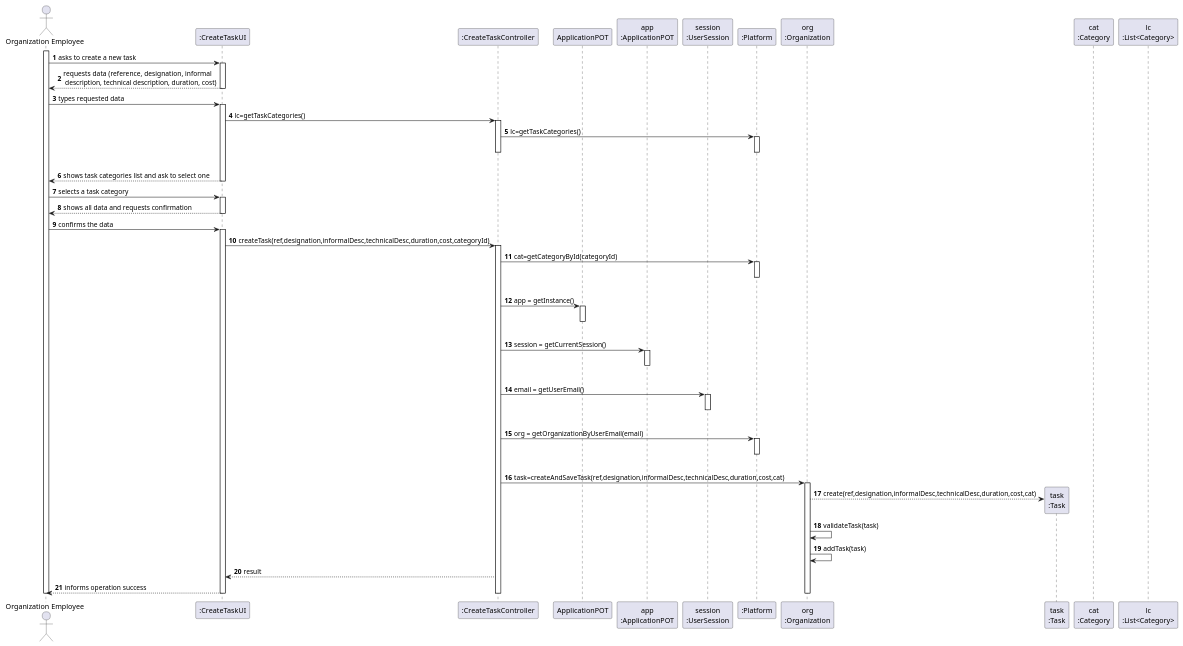
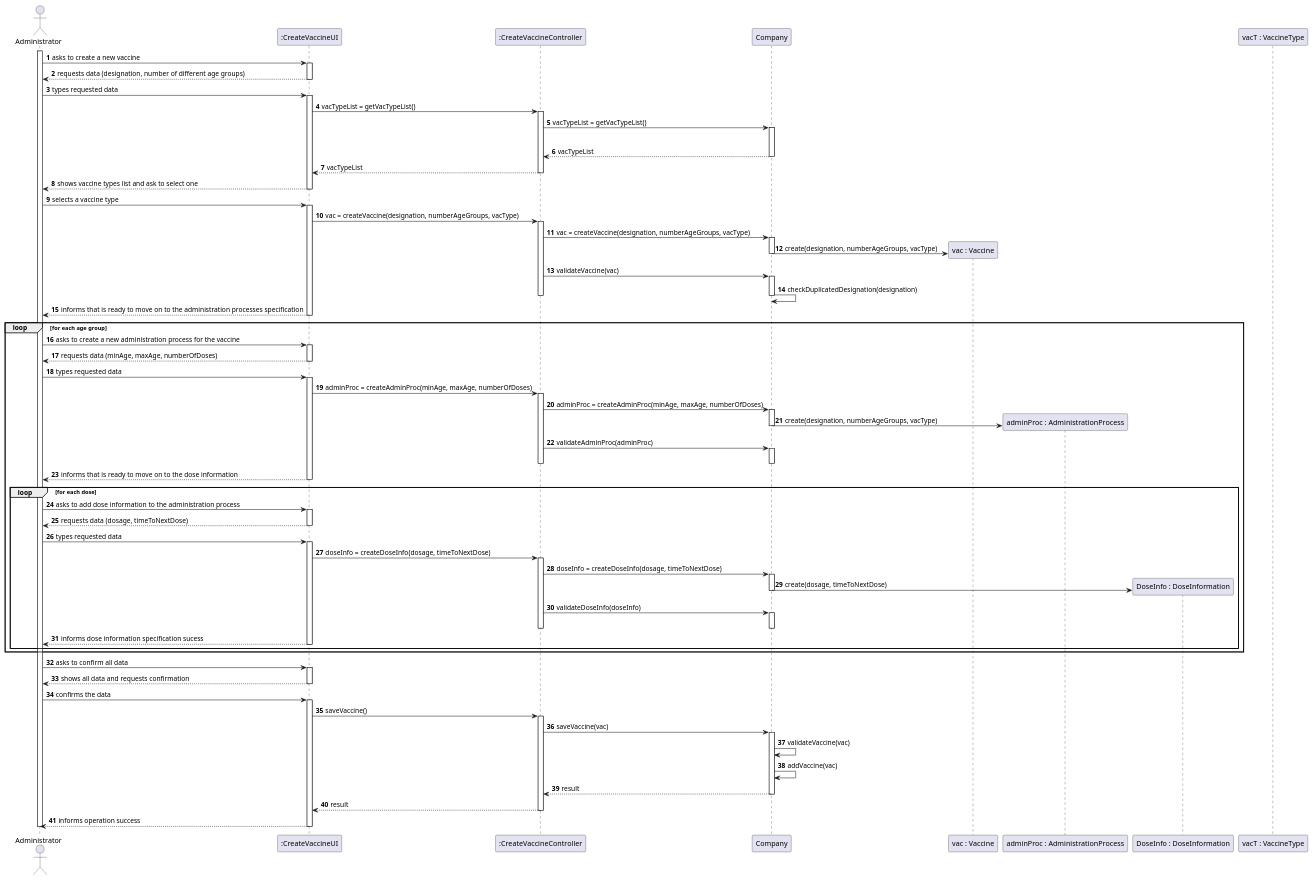
The diagram in docs/SprintB/US13/SD/US13_SD_v2.puml (miseEnPlace-i/lapr2), drawn with PlantUML before and after one commit. The commit also changed 3 other files, not shown here.

```diff
--- a/docs/SprintB/US13/SD/US13_SD_v2.puml
+++ b/docs/SprintB/US13/SD/US13_SD_v2.puml
@@ -1,94 +1,134 @@
 @startuml
 autonumber
 'hide footbox
-actor "Organization Employee" as ADM
+actor "Administrator" as ADM
 
-participant ":CreateTaskUI" as UI
-participant ":CreateTaskController" as CTRL
-participant "ApplicationPOT" as _APP
-participant "app\n:ApplicationPOT" as APP
-participant "session\n:UserSession" as SESSAO
-participant ":Platform" as PLAT
-participant "org\n:Organization" as ORG
-participant "task\n:Task" as TAREFA
-participant "cat\n:Category" as CAT
-participant "lc\n:List<Category>" as LIST_CAT
+participant ":CreateVaccineUI" as UI
+participant ":CreateVaccineController" as CTRL
+participant "Company" as COMP
+participant "vac : Vaccine" as VAC
+participant "adminProc : AdministrationProcess" as AP
+participant "DoseInfo : DoseInformation" as DI
+participant "vacT : VaccineType" as VACT
 
 activate ADM
-ADM -> UI : asks to create a new task
+
+ADM -> UI : asks to create a new vaccine
 activate UI
-UI --> ADM : requests data (reference, designation,  informal \n description, technical description, duration, cost)
+UI --> ADM :  requests data (designation, number of different age groups)
 deactivate UI
 
 ADM -> UI : types requested data
 activate UI
+    UI -> CTRL : vacTypeList = getVacTypeList()
+    activate CTRL
 
-UI -> CTRL : lc=getTaskCategories()
-activate CTRL
-
-CTRL -> PLAT : lc=getTaskCategories()
-activate PLAT
-|||
-deactivate PLAT
-deactivate CTRL
-
-UI --> ADM : shows task categories list and ask to select one
-deactivate PLAT
+        CTRL -> COMP : vacTypeList = getVacTypeList()
+        activate COMP 
+        |||
+        COMP --> CTRL : vacTypeList
+        deactivate COMP
+        CTRL --> UI : vacTypeList
+    deactivate CTRL
+UI --> ADM : shows vaccine types list and ask to select one
 deactivate UI
 
-ADM -> UI : selects a task category
+ADM -> UI : selects a vaccine type
 activate UI
+    UI -> CTRL : vac = createVaccine(designation, numberAgeGroups, vacType)
+    activate CTRL
 
-UI --> ADM: shows all data and requests confirmation
-deactivate ORG
-deactivate PLAT
-deactivate CTRL
+        CTRL -> COMP : vac = createVaccine(designation, numberAgeGroups, vacType)
+        activate COMP 
+
+            COMP -> VAC ** : create(designation, numberAgeGroups, vacType)
+
+        deactivate COMP
+
+        CTRL -> COMP : validateVaccine(vac)
+        activate COMP 
+            COMP -> COMP : checkDuplicatedDesignation(designation)
+        deactivate COMP
+
+    deactivate CTRL
+UI --> ADM : informs that is ready to move on to the administration processes specification
+deactivate UI
+
+
+loop for each age group
+
+    ADM -> UI : asks to create a new administration process for the vaccine
+    activate UI
+    UI --> ADM : requests data (minAge, maxAge, numberOfDoses)
+    deactivate UI
+
+    ADM -> UI : types requested data
+    activate UI
+        UI -> CTRL : adminProc = createAdminProc(minAge, maxAge, numberOfDoses)
+        activate CTRL
+
+            CTRL -> COMP : adminProc = createAdminProc(minAge, maxAge, numberOfDoses)
+            activate COMP 
+
+                COMP -> AP ** : create(designation, numberAgeGroups, vacType)
+
+            deactivate COMP
+
+            CTRL -> COMP : validateAdminProc(adminProc)
+            activate COMP 
+            deactivate COMP
+
+        deactivate CTRL
+    UI --> ADM : informs that is ready to move on to the dose information
+    deactivate UI
+
+    loop for each dose
+
+        ADM -> UI : asks to add dose information to the administration process
+        activate UI
+        UI --> ADM : requests data (dosage, timeToNextDose)
+        deactivate UI
+        ADM -> UI : types requested data
+        activate UI
+            UI -> CTRL : doseInfo = createDoseInfo(dosage, timeToNextDose)
+                activate CTRL
+                CTRL -> COMP : doseInfo = createDoseInfo(dosage, timeToNextDose)
+                activate COMP 
+
+                    COMP -> DI ** : create(dosage, timeToNextDose)
+
+                deactivate COMP
+
+                CTRL -> COMP : validateDoseInfo(doseInfo)
+                activate COMP 
+                deactivate COMP
+
+                deactivate CTRL
+        UI --> ADM : informs dose information specification sucess
+        deactivate UI
+    end
+end
+ADM -> UI : asks to confirm all data
+activate UI
+UI --> ADM : shows all data and requests confirmation
 deactivate UI
 
 ADM -> UI : confirms the data
 activate UI
+UI -> CTRL : saveVaccine()
+    activate CTRL
 
-UI -> CTRL : createTask(ref,designation,informalDesc,technicalDesc,duration,cost,categoryId)
-activate CTRL
-
-CTRL -> PLAT : cat=getCategoryById(categoryId)
-activate PLAT
-|||
-deactivate PLAT
-
-CTRL -> _APP: app = getInstance()
-activate _APP
-|||
-deactivate _APP
-
-CTRL -> APP: session = getCurrentSession()
-activate APP
-|||
-deactivate APP
-
-CTRL -> SESSAO: email = getUserEmail()
-activate SESSAO
-|||
-deactivate SESSAO
-
-CTRL -> PLAT: org = getOrganizationByUserEmail(email)
-activate PLAT
-|||
-deactivate PLAT
-
-CTRL -> ORG: task=createAndSaveTask(ref,designation,informalDesc,technicalDesc,duration,cost,cat)
-activate ORG
-ORG --> TAREFA**: create(ref,designation,informalDesc,technicalDesc,duration,cost,cat)
-ORG -> ORG: validateTask(task)
-ORG -> ORG: addTask(task)
-
-CTRL --> UI: result
-
+        CTRL -> COMP :  saveVaccine(vac)
+        activate COMP 
+            COMP -> COMP : validateVaccine(vac)
+            COMP -> COMP : addVaccine(vac)
+            COMP --> CTRL : result
+        deactivate COMP
+        CTRL --> UI : result
+    deactivate CTRL
 UI --> ADM : informs operation success
-deactivate ORG
-deactivate CTRL
 deactivate UI
 
 deactivate ADM
 
-@enduml
+@enduml 
```
